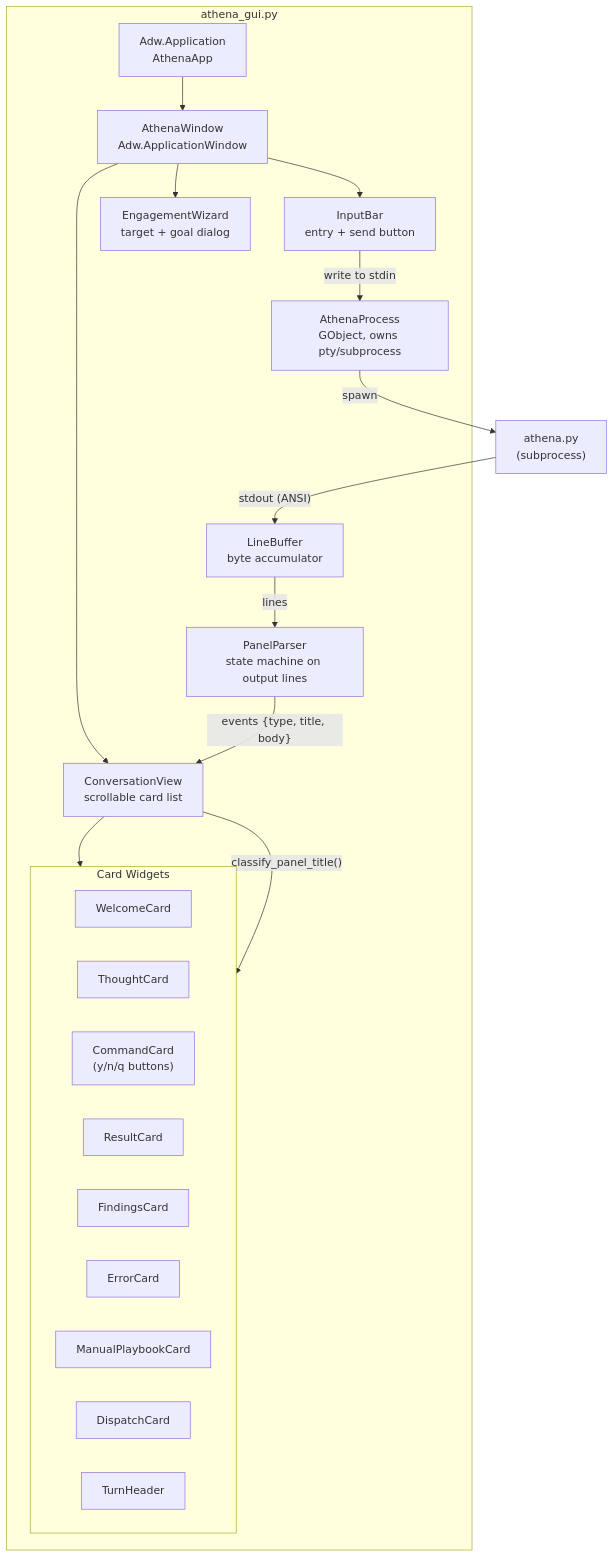
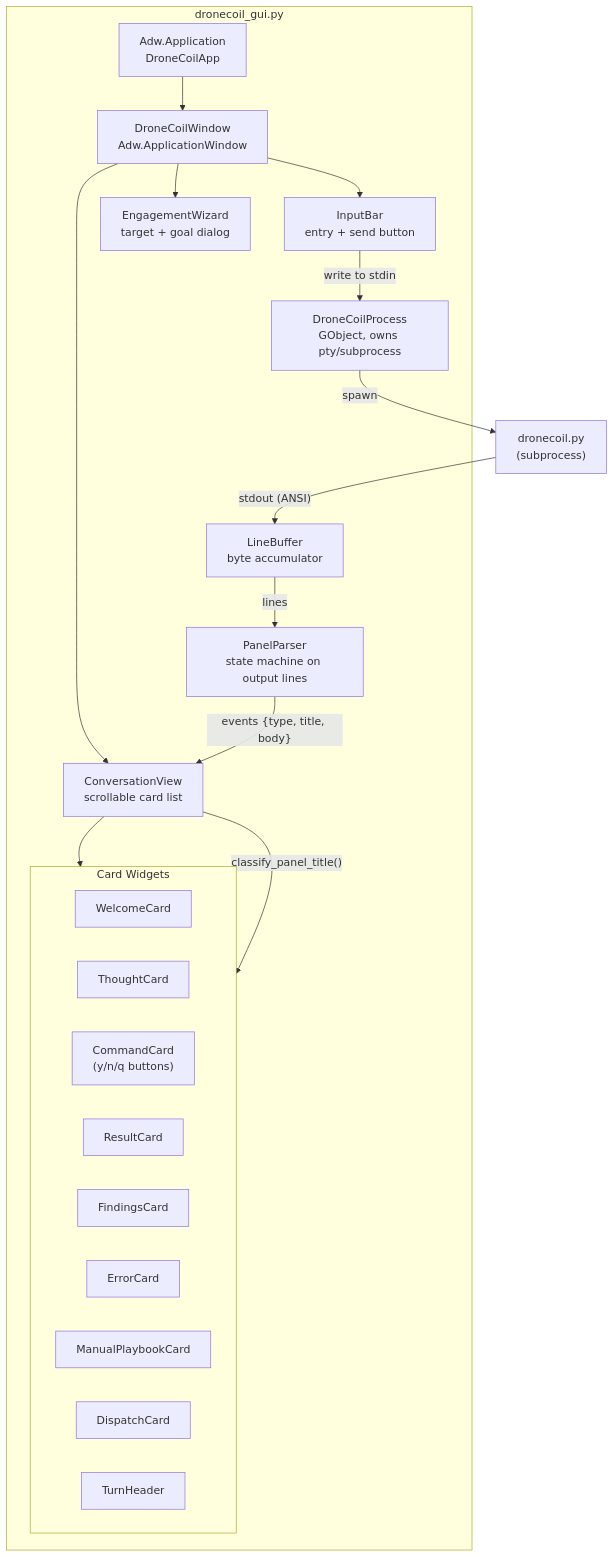
Before and after one commit to VV-B0Y/Grenulus-CLI: the eighth of 8 diagrams in docs/DEVELOPER_GUIDE.md, drawn with Mermaid. The commit also changed other lines of this file and 13 other files, not shown here.

Commit message:
rebrand: rename project from Athena/Grenulus-CLI to DroneCoil

````diff
--- a/docs/DEVELOPER_GUIDE.md
+++ b/docs/DEVELOPER_GUIDE.md
@@ -652,40 +652,40 @@
 ```mermaid
 graph TD
-    subgraph GUI["athena_gui.py"]
-        App["Adw.Application<br/>AthenaApp"]
-        Win["AthenaWindow<br/>Adw.ApplicationWindow"]
+    subgraph GUI["dronecoil_gui.py"]
+        App["Adw.Application<br/>DroneCoilApp"]
+        Win["DroneCoilWindow<br/>Adw.ApplicationWindow"]
         ConvView["ConversationView<br/>scrollable card list"]
         InputBar["InputBar<br/>entry + send button"]
         Wizard["EngagementWizard<br/>target + goal dialog"]
 
         subgraph Cards["Card Widgets"]
             WelcomeCard
             ThoughtCard
             CommandCard["CommandCard<br/>(y/n/q buttons)"]
             ResultCard
             FindingsCard
             ErrorCard
             ManualPlaybookCard
             DispatchCard
             TurnHeader
         end
 
-        AthenaProcess["AthenaProcess<br/>GObject, owns pty/subprocess"]
+        DroneCoilProcess["DroneCoilProcess<br/>GObject, owns pty/subprocess"]
         PanelParser["PanelParser<br/>state machine on output lines"]
         LineBuffer["LineBuffer<br/>byte accumulator"]
     end
 
-    athena_py["athena.py<br/>(subprocess)"]
+    dronecoil_py["dronecoil.py<br/>(subprocess)"]
 
     App --> Win
     Win --> ConvView
     Win --> InputBar
     Win --> Wizard
     ConvView --> Cards
-    InputBar -->|"write to stdin"| AthenaProcess
-    AthenaProcess -->|"spawn"| athena_py
-    athena_py -->|"stdout (ANSI)"| LineBuffer
+    InputBar -->|"write to stdin"| DroneCoilProcess
+    DroneCoilProcess -->|"spawn"| dronecoil_py
+    dronecoil_py -->|"stdout (ANSI)"| LineBuffer
     LineBuffer -->|"lines"| PanelParser
     PanelParser -->|"events {type, title, body}"| ConvView
     ConvView -->|"classify_panel_title()"| Cards
 ```
````
